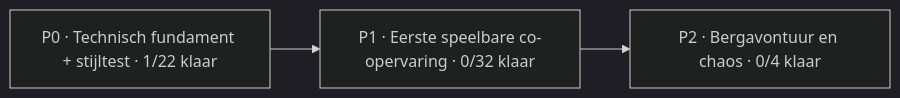
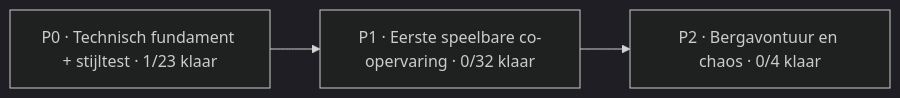
Before and after one commit to mlemson/conductor-chaos: the diagram in Docs/PROJECT_BOARD.md, drawn with Mermaid (dark theme). The commit also changed other lines of this file, not shown here.

````diff
--- a/Docs/PROJECT_BOARD.md
+++ b/Docs/PROJECT_BOARD.md
@@ -13,7 +13,7 @@
 ```mermaid
 flowchart LR
-    P0["P0 · Technisch fundament + stijltest · 1/22 klaar"]
+    P0["P0 · Technisch fundament + stijltest · 1/23 klaar"]
     P1["P1 · Eerste speelbare co-opervaring · 0/32 klaar"]
     P2["P2 · Bergavontuur en chaos · 0/4 klaar"]
     P0 --> P1 --> P2
 ```
````
